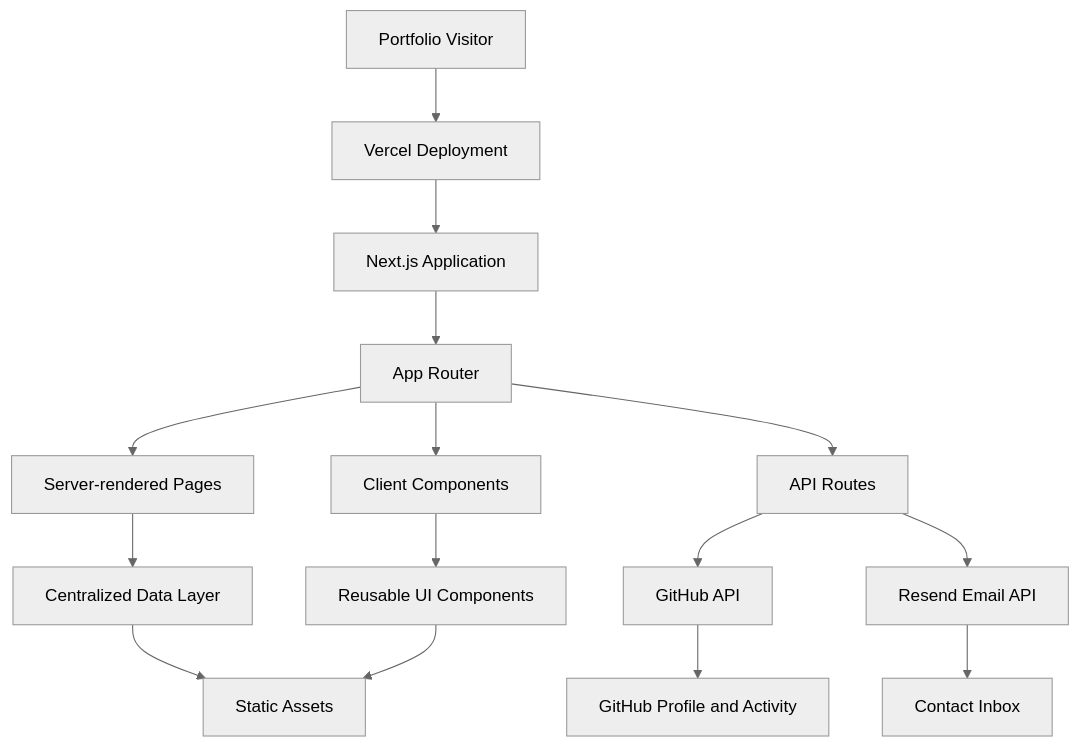
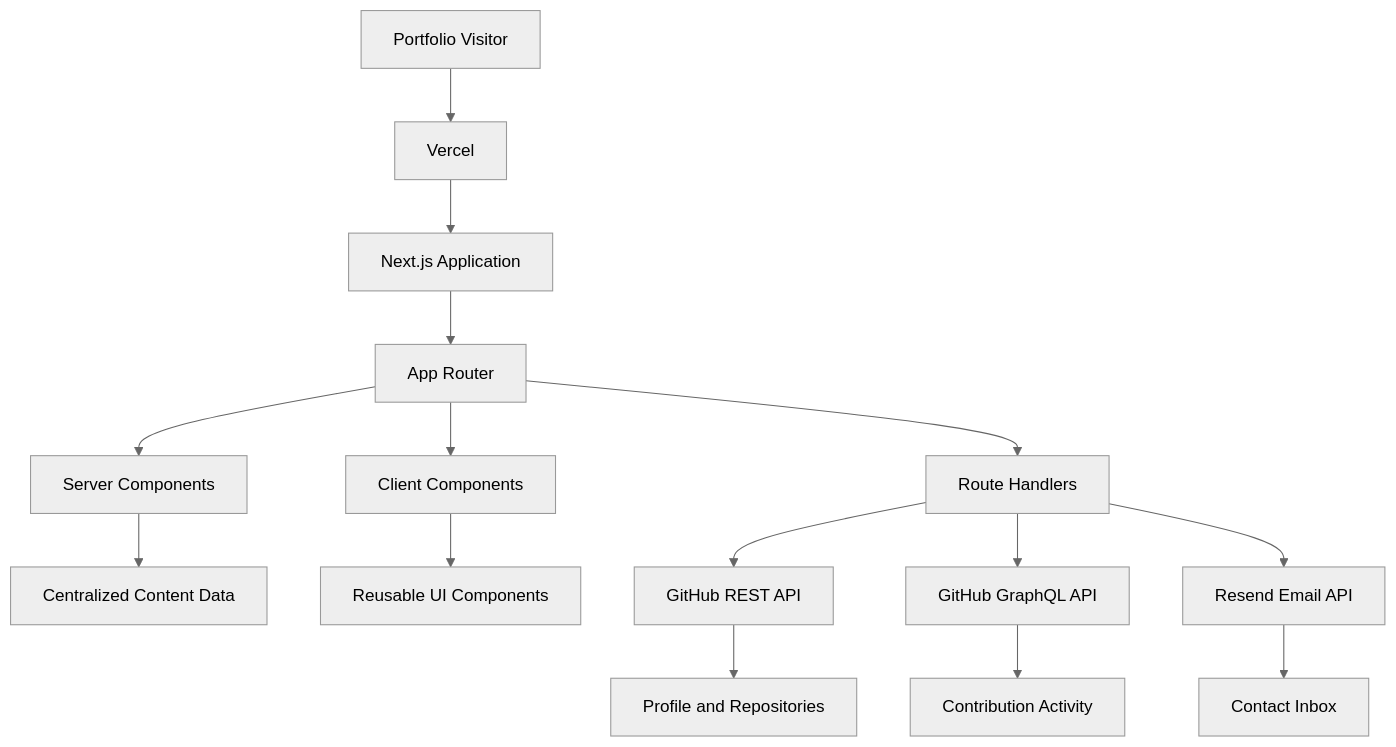
The first of 2 diagrams in README.md (aryan24cse109-dev/My-Portfolio), drawn with Mermaid (neutral theme) before and after one commit. The commit also changed other lines of this file, not shown here.

````diff
--- a/README.md
+++ b/README.md
@@ -76,22 +87,21 @@
 ```mermaid
 flowchart TD
-    U[Portfolio Visitor] --> V[Vercel Deployment]
-    V --> N[Next.js Application]
+    A[Portfolio Visitor] --> B[Vercel]
+    B --> C[Next.js Application]
 
-    N --> R[App Router]
-    R --> P[Server-rendered Pages]
-    R --> C[Client Components]
-    R --> API[API Routes]
+    C --> D[App Router]
+    D --> E[Server Components]
+    D --> F[Client Components]
+    D --> G[Route Handlers]
 
-    P --> D[Centralized Data Layer]
-    C --> UI[Reusable UI Components]
+    E --> H[Centralized Content Data]
+    F --> I[Reusable UI Components]
 
-    API --> G[GitHub API]
-    API --> E[Resend Email API]
+    G --> J[GitHub REST API]
+    G --> K[GitHub GraphQL API]
+    G --> L[Resend Email API]
 
-    D --> AS[Static Assets]
-    UI --> AS
-
-    G --> GH[GitHub Profile and Activity]
-    E --> IN[Contact Inbox]
+    J --> M[Profile and Repositories]
+    K --> N[Contribution Activity]
+    L --> O[Contact Inbox]
 ```
````
